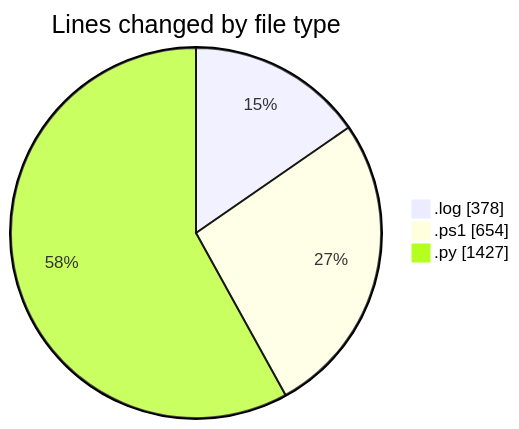
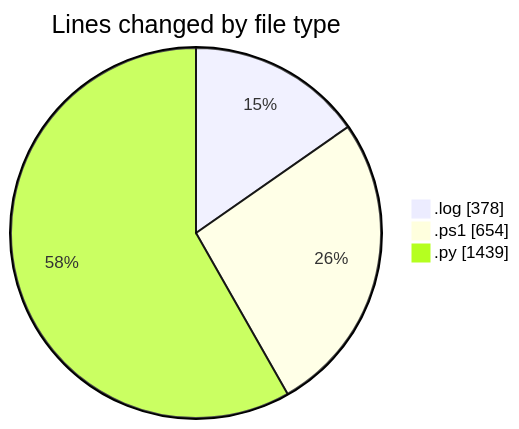
Before and after one commit to shibass792/code-tracking: the first of 2 diagrams in 2026-07-08/twenty_versions_aminor/README.md, drawn with Mermaid. The commit also changed other lines of this file and 1 other file, not shown here.

````diff
--- a/2026-07-08/twenty_versions_aminor/README.md
+++ b/2026-07-08/twenty_versions_aminor/README.md
@@ -23,7 +23,7 @@
 ```mermaid
 pie showData
 title Lines changed by file type
 ".log" : 378
 ".ps1" : 654
-".py" : 1427
+".py" : 1439
 ```
````
